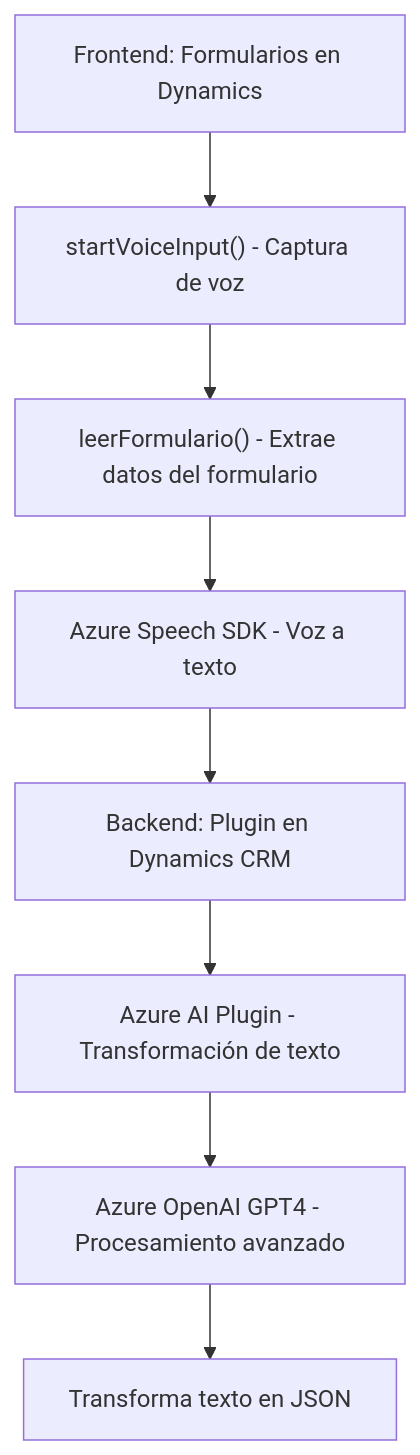
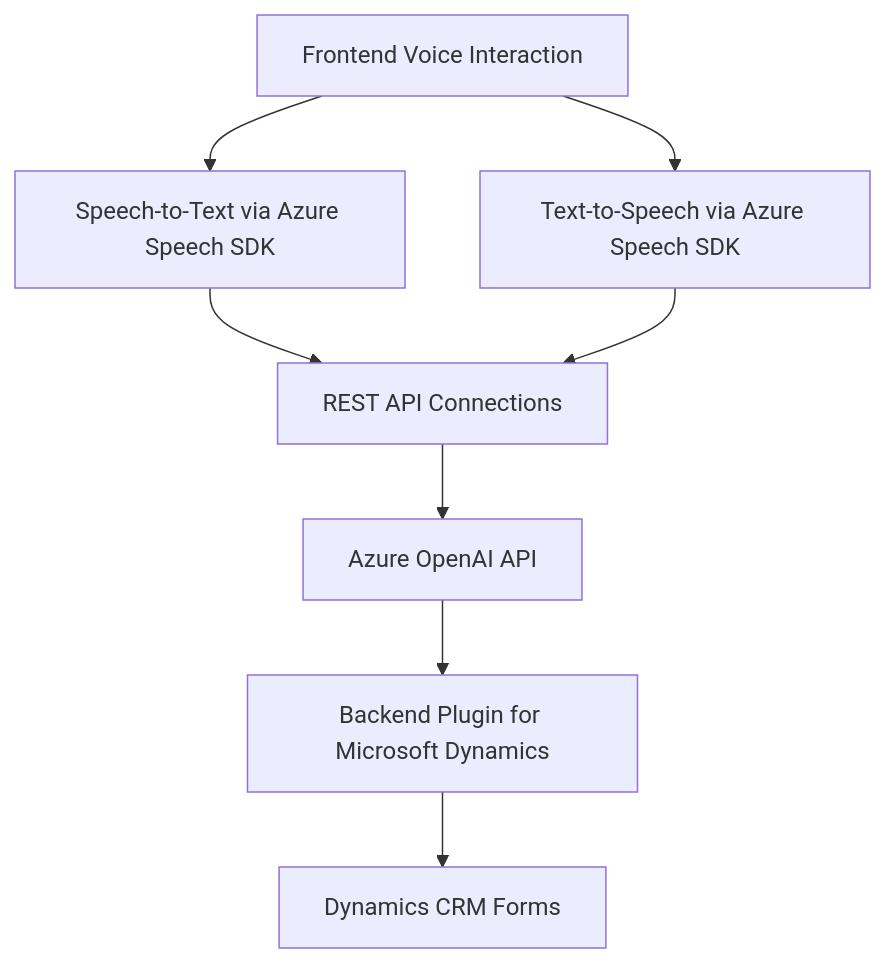
The diagram in README.md (blopezdm/NETCORE_BILBAO2025), drawn with Mermaid before and after one commit. The commit also changed other lines of this file, not shown here.

````diff
--- a/README.md
+++ b/README.md
@@ -44,19 +34,18 @@
 ```mermaid
 graph TD
-    A["Frontend: Formularios en Dynamics"]
-    B["startVoiceInput() - Captura de voz"]
-    C["leerFormulario() - Extrae datos del formulario"]
-    D["Azure Speech SDK - Voz a texto"]
-    E["Backend: Plugin en Dynamics CRM"]
-    F["Azure AI Plugin - Transformación de texto"]
-    G["Azure OpenAI GPT4 - Procesamiento avanzado"]
-    H["Transforma texto en JSON"]
+    A["Frontend Voice Interaction"]
+    B["Speech-to-Text via Azure Speech SDK"]
+    C["Text-to-Speech via Azure Speech SDK"]
+    D["Backend Plugin for Microsoft Dynamics"]
+    E["Azure OpenAI API"]
+    F["Dynamics CRM Forms"]
+    G["REST API Connections"]
 
     A --> B
-    B --> C
-    C --> D
-    D --> E
-    E --> F
-    F --> G
-    G --> H
+    A --> C
+    B --> G
+    C --> G
+    G --> E
+    E --> D
+    D --> F
 ```
````
